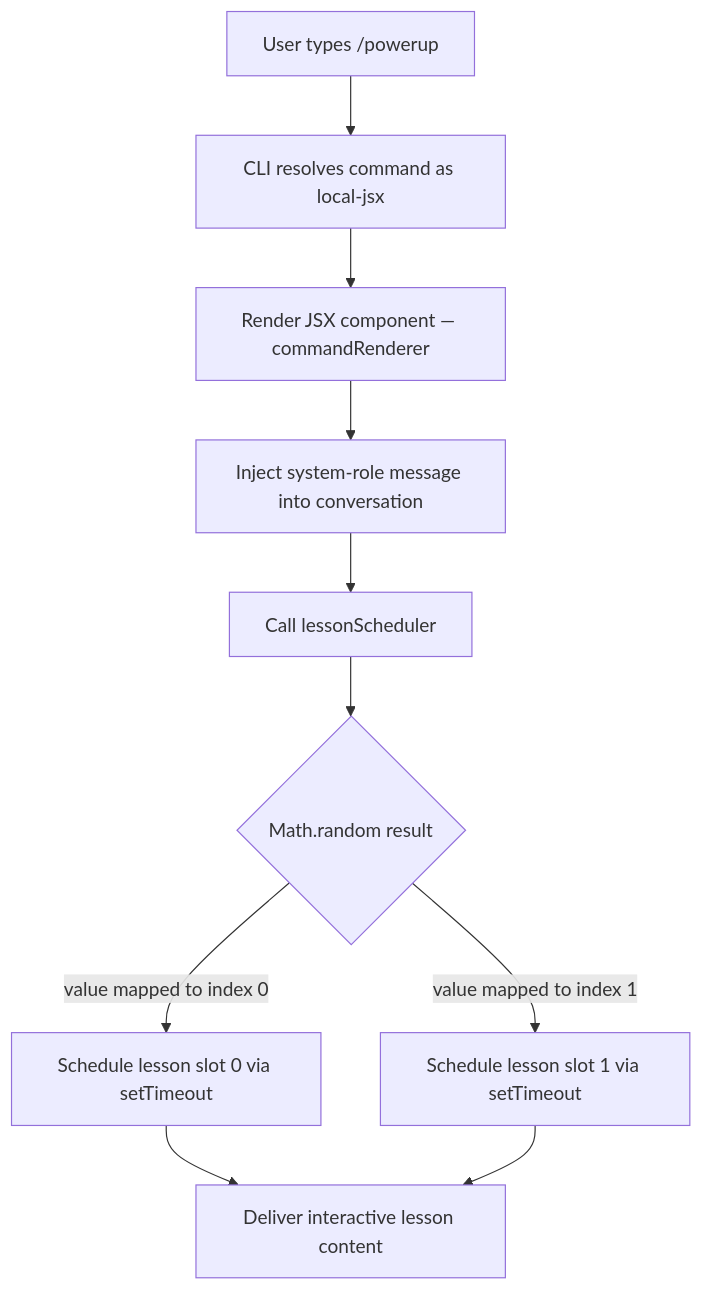
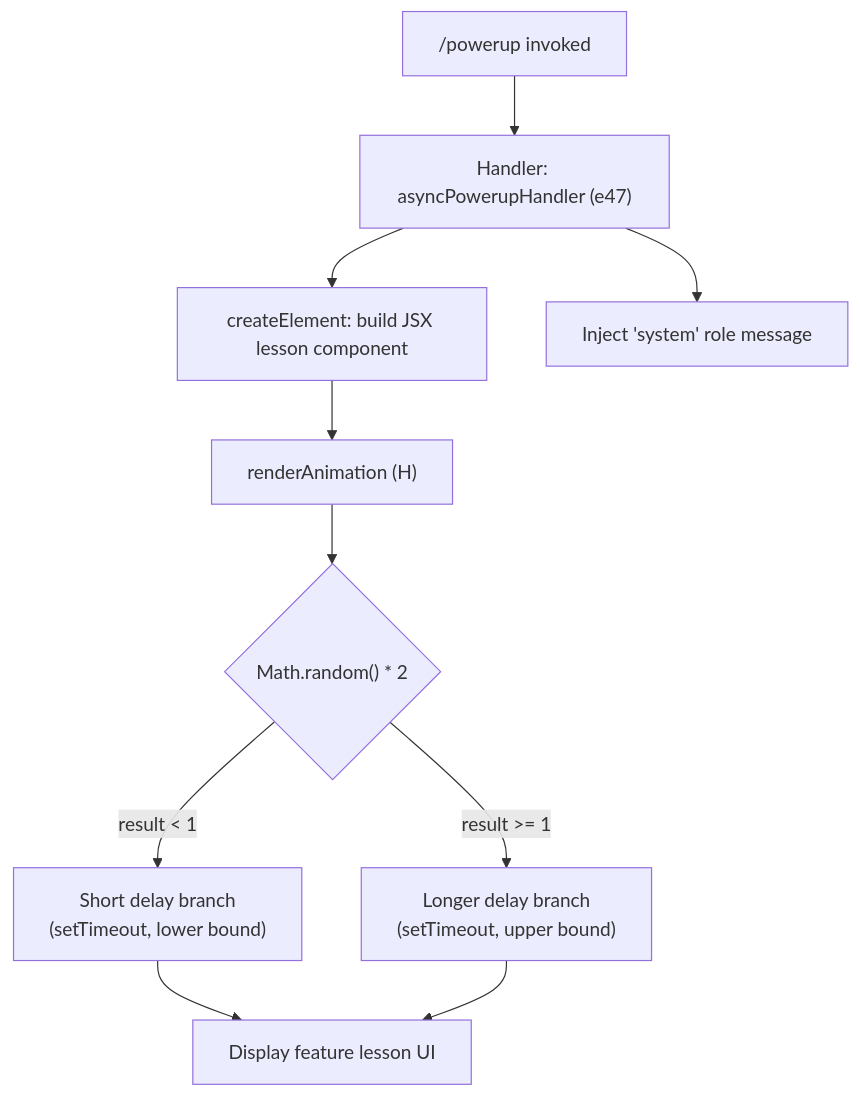
Before and after one commit to MyLittleLuckyDog/cc-gnothi: the diagram in versions/v2.1.132/powerup.md, drawn with Mermaid. The commit also changed other lines of this file and 96 other files, not shown here.

````diff
--- a/versions/v2.1.132/powerup.md
+++ b/versions/v2.1.132/powerup.md
@@ -45,12 +54,12 @@
 ```mermaid
 flowchart TD
-    A[User types /powerup] --> B[CLI resolves command as local-jsx]
-    B --> C[Render JSX component — commandRenderer]
-    C --> D[Inject system-role message into conversation]
-    D --> E[Call lessonScheduler]
-    E --> F{Math.random result}
-    F -->|value mapped to index 0| G[Schedule lesson slot 0 via setTimeout]
-    F -->|value mapped to index 1| H[Schedule lesson slot 1 via setTimeout]
-    G --> I[Deliver interactive lesson content]
-    H --> I
+    A["/powerup invoked"] --> B["Handler: asyncPowerupHandler (e47)"]
+    B --> C["createElement: build JSX lesson component"]
+    B --> D["Inject 'system' role message"]
+    C --> E["renderAnimation (H)"]
+    E --> F{"Math.random() * 2"}
+    F -->|"result < 1"| G["Short delay branch\n(setTimeout, lower bound)"]
+    F -->|"result >= 1"| H_node["Longer delay branch\n(setTimeout, upper bound)"]
+    G --> I["Display feature lesson UI"]
+    H_node --> I
 ```
````
